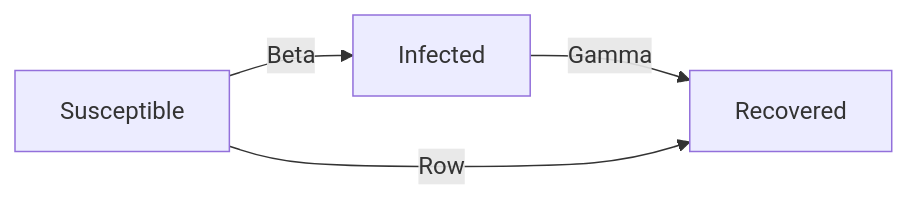
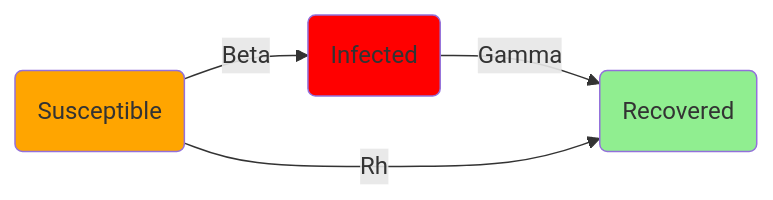
One commit to diabolical-ninja/yeltahir.com changed the second of 3 diagrams in content/posts/sir_model/index.md. Above: the diagram before and after it, drawn with Mermaid. The commit also changed other lines of this file, not shown here.

Commit message:
Add colours & correct spelling in flowcharts

```diff
--- a/content/posts/sir_model/index.md
+++ b/content/posts/sir_model/index.md
@@ -190,6 +193,9 @@
 {{< mermaid >}}
 graph LR;
-    Susceptible --Beta--> Infected
-    Infected --Gamma--> Recovered
-    Susceptible --Row--> Recovered
+    S(Susceptible) --Beta--> I(Infected)
+    I --Gamma--> R(Recovered)
+    S --Rho--> R
+    style S fill:orange
+    style I fill:red
+    style R fill:lightgreen
 {{< /mermaid >}}
```
